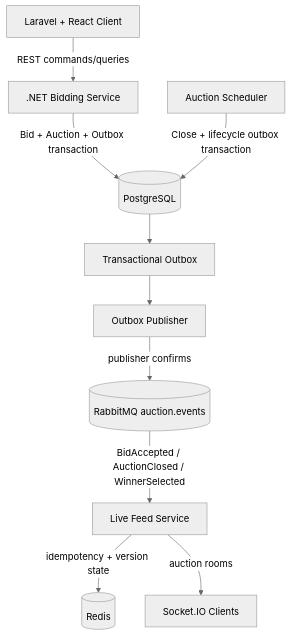
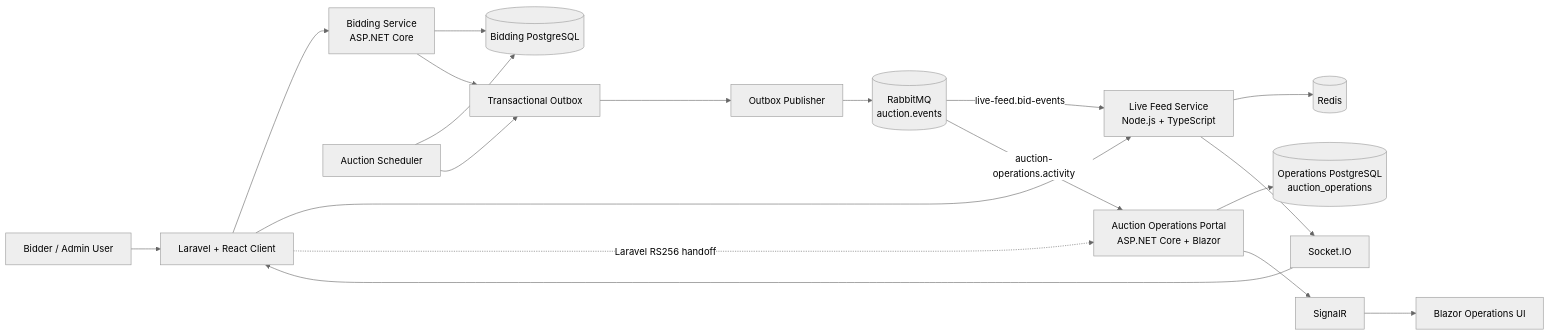
Before and after one commit to pancakebaker/distributed-bidding-auction-platform: the diagram in README.md, drawn with Mermaid (neutral theme). The commit also changed other lines of this file and 6 other files, not shown here.

````diff
--- a/README.md
+++ b/README.md
@@ -48,23 +13,27 @@
 ```mermaid
-flowchart TD
-    Client[Laravel + React Client]
-    Api[.NET Bidding Service]
-    Db[(PostgreSQL)]
-    Outbox[Transactional Outbox]
-    Publisher[Outbox Publisher]
-    Rabbit[(RabbitMQ auction.events)]
-    Live[Live Feed Service]
-    Redis[(Redis)]
-    Socket[Socket.IO Clients]
-    Scheduler[Auction Scheduler]
+flowchart LR
+    U[Bidder / Admin User] --> C[Laravel + React Client]
 
-    Client -->|REST commands/queries| Api
-    Api -->|Bid + Auction + Outbox transaction| Db
-    Db --> Outbox
-    Outbox --> Publisher
-    Publisher -->|publisher confirms| Rabbit
-    Rabbit -->|BidAccepted / AuctionClosed / WinnerSelected| Live
-    Live -->|idempotency + version state| Redis
-    Live -->|auction rooms| Socket
-    Scheduler -->|Close + lifecycle outbox transaction| Db
+    C --> B[Bidding Service<br/>ASP.NET Core]
+    C --> L[Live Feed Service<br/>Node.js + TypeScript]
+    C -. Laravel RS256 handoff .-> AOP
+
+    B --> PG1[(Bidding PostgreSQL)]
+    B --> O[Transactional Outbox]
+    O --> P[Outbox Publisher]
+    P --> RMQ[(RabbitMQ<br/>auction.events)]
+
+    RMQ -->|live-feed.bid-events| L
+    RMQ -->|auction-operations.activity| AOP[Auction Operations Portal<br/>ASP.NET Core + Blazor]
+
+    L --> R[(Redis)]
+    L --> SIO[Socket.IO]
+    SIO --> C
+
+    AOP --> PG2[(Operations PostgreSQL<br/>auction_operations)]
+    AOP --> SIG[SignalR]
+    SIG --> BO[Blazor Operations UI]
+
+    SCH[Auction Scheduler] --> PG1
+    SCH --> O
 ```
````
